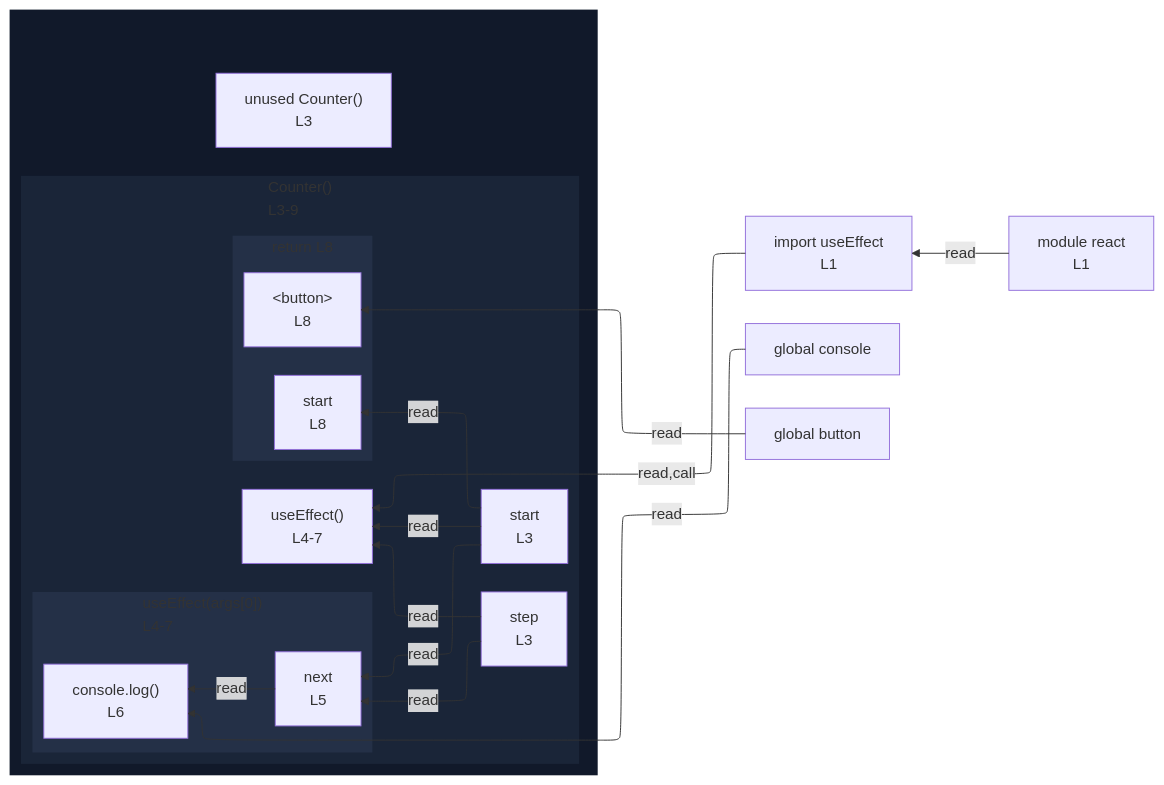
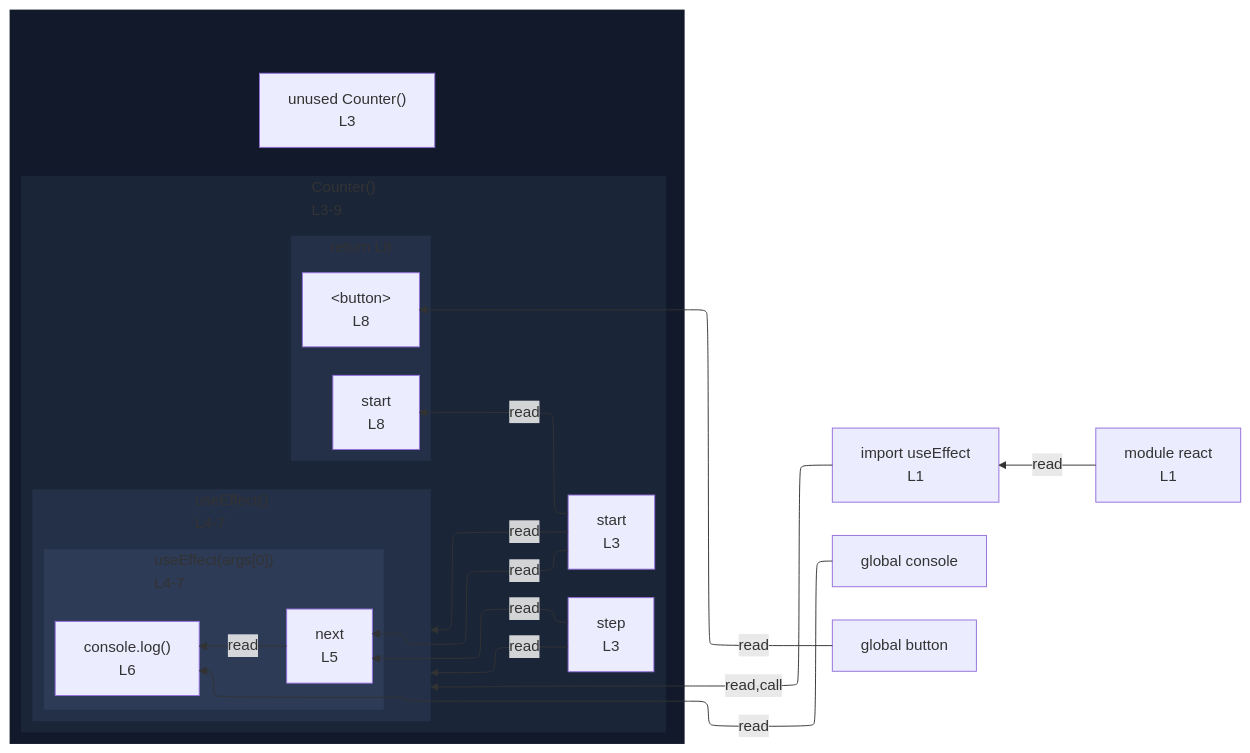
Before and after one commit to crescware/unsnarl: the diagram in integration/fixtures/app-behavior/plugin/react/use-effect/preview.md, drawn with Mermaid. The commit also changed 39 other files, not shown here.

````diff
--- a/integration/fixtures/app-behavior/plugin/react/use-effect/preview.md
+++ b/integration/fixtures/app-behavior/plugin/react/use-effect/preview.md
@@ -19,45 +19,49 @@
 ```mermaid
 %%{init: {"flowchart": {"defaultRenderer": "elk"}}}%%
 flowchart RL
   n_scope_0_useEffect_9["import useEffect<br/>L1"]
   n_scope_0_console_163["global console"]
   n_scope_0_button_213["global button"]
   subgraph wrap_s_scope_1[" "]
     direction TB
     n_scope_0_Counter_42["unused Counter()<br/>L3"]
     subgraph s_scope_1["Counter()<br/>L3-9"]
       direction RL
       n_scope_1_start_55["start<br/>L3"]
       n_scope_1_step_62["step<br/>L3"]
-      expr_stmt_110["useEffect()<br/>L4-7"]
-      subgraph s_scope_2["useEffect(args[0])<br/>L4-7"]
+      subgraph expr_stmt_110["useEffect()<br/>L4-7"]
         direction RL
-        n_scope_2_next_138["next<br/>L5"]
-        expr_stmt_163["console.log()<br/>L6"]
+        subgraph s_scope_2["useEffect(args[0])<br/>L4-7"]
+          direction RL
+          n_scope_2_next_138["next<br/>L5"]
+          expr_stmt_163["console.log()<br/>L6"]
+        end
       end
       subgraph s_return_scope_0_Counter_42_205_237["return L8"]
         direction RL
         ret_use_ref_9["&lt;button&gt;<br/>L8"]
         ret_use_ref_10["start<br/>L8"]
       end
     end
   end
   n_scope_0_useEffect_9 -->|read,call| expr_stmt_110
   n_scope_1_start_55 -->|read| n_scope_2_next_138
   n_scope_1_step_62 -->|read| n_scope_2_next_138
   n_scope_0_console_163 -->|read| expr_stmt_163
   n_scope_2_next_138 -->|read| expr_stmt_163
   n_scope_1_start_55 -->|read| expr_stmt_110
   n_scope_1_step_62 -->|read| expr_stmt_110
   n_scope_0_button_213 -->|read| ret_use_ref_9
   n_scope_1_start_55 -->|read| ret_use_ref_10
   mod_react["module react<br/>L1"]
   mod_react -->|read| n_scope_0_useEffect_9
   classDef nestL1 fill:#11192a,stroke:transparent;
   class wrap_s_scope_1 nestL1;
   classDef nestL2 fill:#1a2538,stroke:transparent;
   class s_scope_1 nestL2;
   classDef nestL3 fill:#243047,stroke:transparent;
-  class s_scope_2 nestL3;
+  class expr_stmt_110 nestL3;
   class s_return_scope_0_Counter_42_205_237 nestL3;
+  classDef nestL4 fill:#2d3b57,stroke:transparent;
+  class s_scope_2 nestL4;
 ```
````
